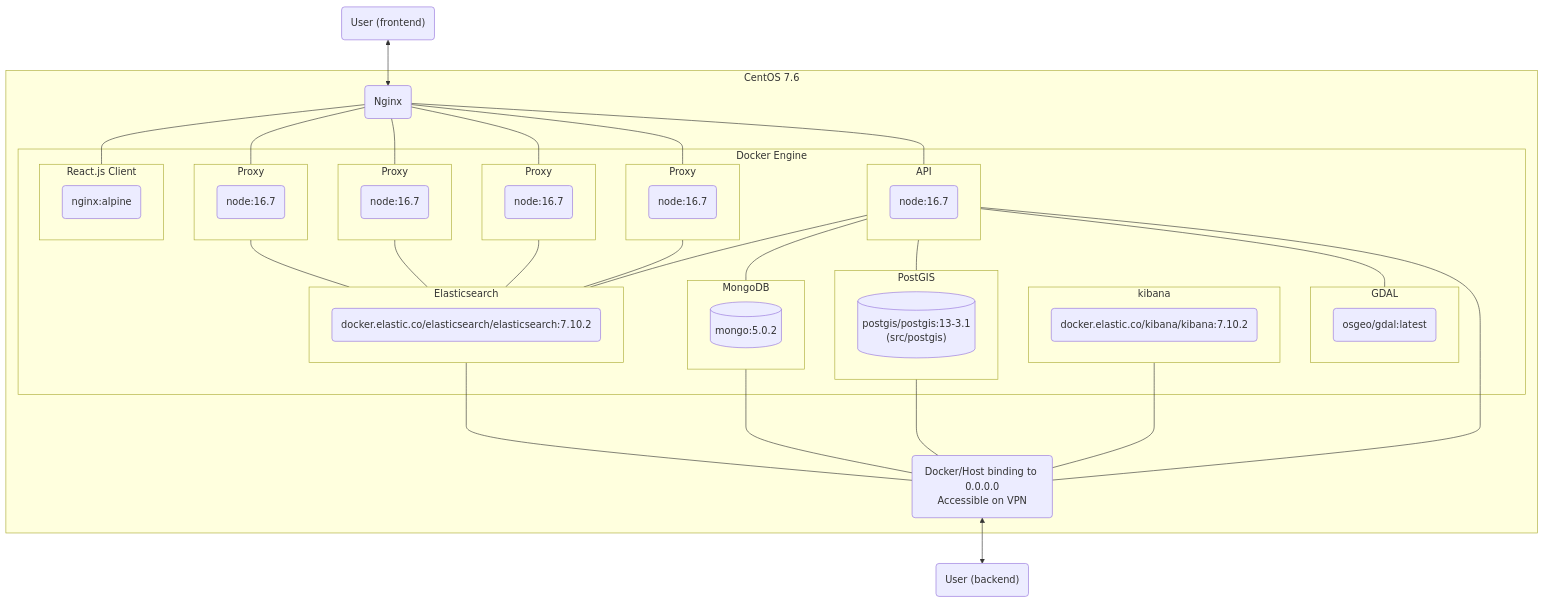
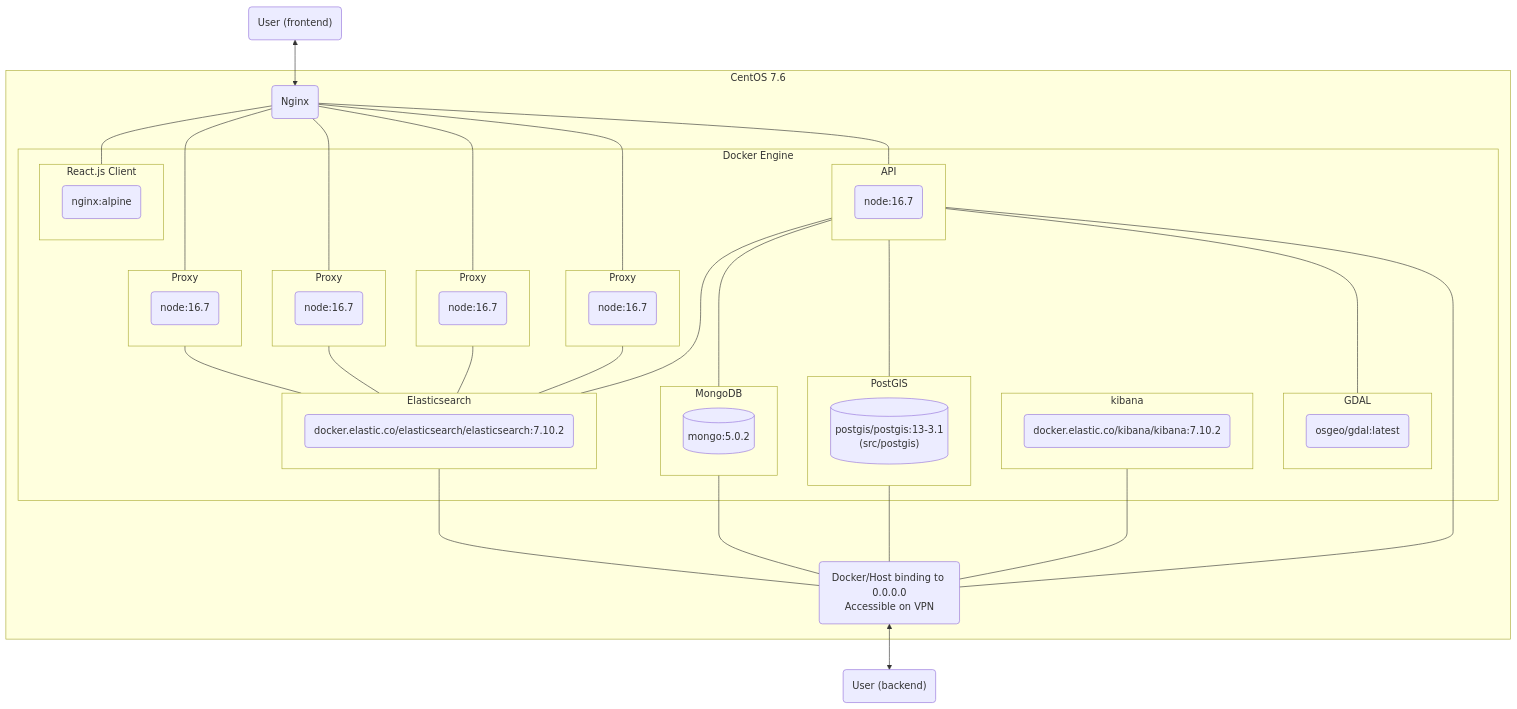
Before and after one commit to SAEON/data-portal: the diagram in diagrams/src/deployment-view.mmd, drawn with Mermaid. The commit also changed 5 other files, not shown here.

```diff
--- a/diagrams/src/deployment-view.mmd
+++ b/diagrams/src/deployment-view.mmd
@@ -1,74 +1,74 @@
 flowchart TD
 
     User("User (frontend)") <--> nginx
 
     %% CentOS boundary
     subgraph CentOS_boundary ["CentOS 7.6"]
 
         nginx(Nginx)
         nginx --- client_container
         nginx --- proxy_container_1
         nginx --- proxy_container_2
         nginx --- proxy_container_3
         nginx --- proxy_container_4
         proxy_container_1 --- es_container
         proxy_container_2 --- es_container
         proxy_container_3 --- es_container
         proxy_container_4 --- es_container
         nginx --- api_container
 
         %% Docker Engine boundary
         subgraph Docker_boundary ["Docker Engine"]
 
             %% Docker container boundaries
             subgraph client_container [React.js Client]
                 client("nginx:alpine")
             end
             subgraph api_container [API]
                 api("node:16.7")
             end
             subgraph proxy_container_1 [Proxy]
                 ClientProxy2("node:16.7")
             end     
             subgraph proxy_container_2 [Proxy]
                 ClientProxy3("node:16.7")
             end    
             subgraph proxy_container_3 [Proxy]
                 ClientProxy4("node:16.7")
             end
             subgraph proxy_container_4 [Proxy]
                 ApiProxy("node:16.7")
             end
             subgraph es_container ["Elasticsearch"]
                 Elasticsearch(docker.elastic.co/elasticsearch/elasticsearch:7.10.2)
             end
             subgraph kibana_container[kibana]
                 Kibana("docker.elastic.co/kibana/kibana:7.10.2")
             end
             subgraph mongo_container [MongoDB]
                 Mongo[("mongo:5.0.2")]
             end    
             subgraph postgis_container [PostGIS]
                 PostGIS[("postgis/postgis:13-3.1<br />(src/postgis)")]
             end
             subgraph gdal_container [GDAL]
                 GDAL("osgeo/gdal:latest")
             end
 
             %% Topology
-            api_container --- es_container
-            api_container --- mongo_container
-            api_container --- postgis_container
-            api_container --- gdal_container
+            api_container ---- es_container
+            api_container ---- mongo_container
+            api_container ---- postgis_container
+            api_container ---- gdal_container
 
         end
             
         docker_interface("Docker/Host binding to 0.0.0.0<br />Accessible on VPN")
         api_container --- docker_interface
         mongo_container ---- docker_interface
         postgis_container ---- docker_interface
         es_container --- docker_interface
         kibana_container --- docker_interface
     end
 
     docker_interface <--> User2("User (backend)")
```
